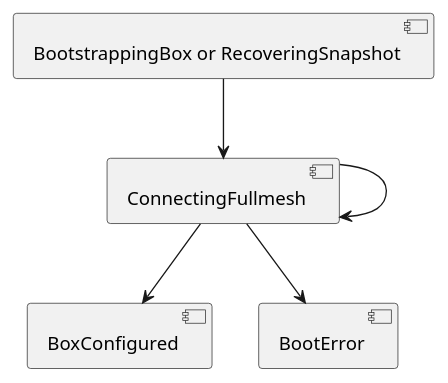
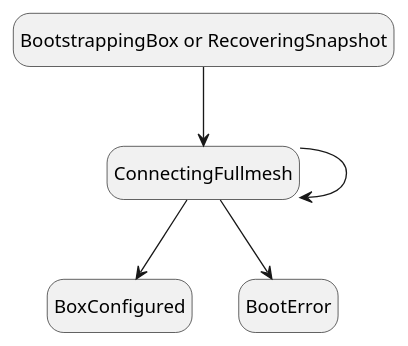
Before and after one commit to tarantool/cartridge: the diagram in rst/uml/ConnectingFullmesh.puml, drawn with PlantUML. The commit also changed 6 other files, not shown here.

```diff
--- a/rst/uml/ConnectingFullmesh.puml
+++ b/rst/uml/ConnectingFullmesh.puml
@@ -1,8 +1,10 @@
 @startuml
 
-[BootstrappingBox or RecoveringSnapshot] --> [ConnectingFullmesh]
-[ConnectingFullmesh] --> [BoxConfigured]
-[ConnectingFullmesh] --> [ConnectingFullmesh]
-[ConnectingFullmesh] --> [BootError]
+hide empty description
+state "BootstrappingBox or RecoveringSnapshot" as BootstrappingBox
+BootstrappingBox --> ConnectingFullmesh
+ConnectingFullmesh --> BoxConfigured
+ConnectingFullmesh --> ConnectingFullmesh
+ConnectingFullmesh --> BootError
 
 @enduml
```
